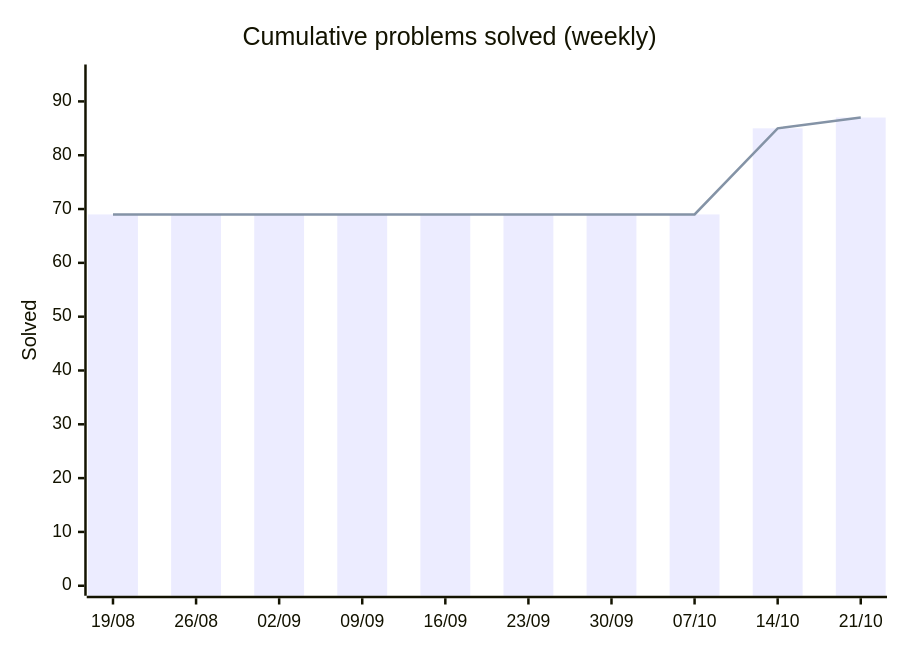
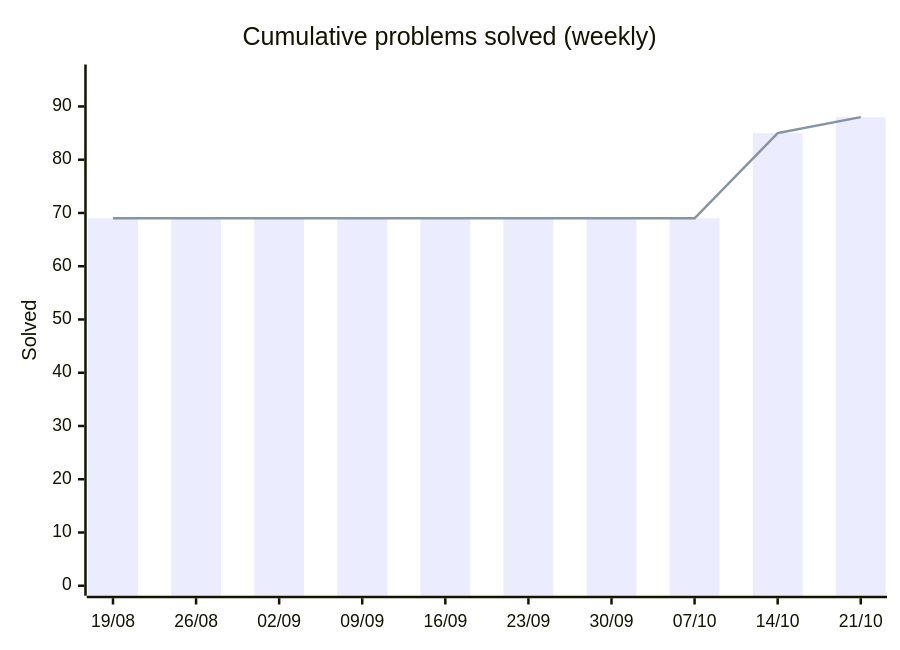
Before and after one commit to HarryTrn/TensorTonic-Solutions: the first of 2 diagrams in README.md, drawn with Mermaid. The commit also changed other lines of this file, not shown here.

````diff
--- a/README.md
+++ b/README.md
@@ -65,8 +65,8 @@
 ```mermaid
 xychart-beta
     title "Cumulative problems solved (weekly)"
     x-axis ["19/08", "26/08", "02/09", "09/09", "16/09", "23/09", "30/09", "07/10", "14/10", "21/10"]
-    y-axis "Solved" 0 --> 95
-    bar [69, 69, 69, 69, 69, 69, 69, 69, 85, 87]
-    line [69, 69, 69, 69, 69, 69, 69, 69, 85, 87]
+    y-axis "Solved" 0 --> 96
+    bar [69, 69, 69, 69, 69, 69, 69, 69, 85, 88]
+    line [69, 69, 69, 69, 69, 69, 69, 69, 85, 88]
 ```
````
